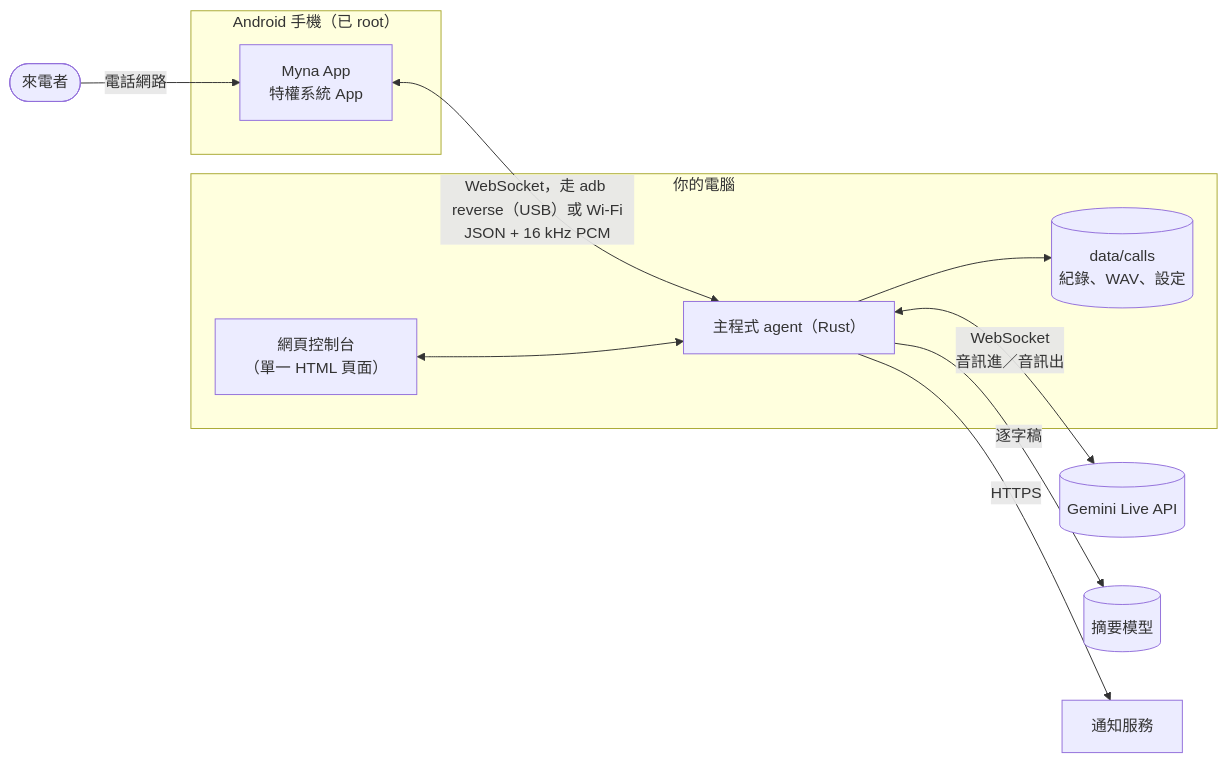
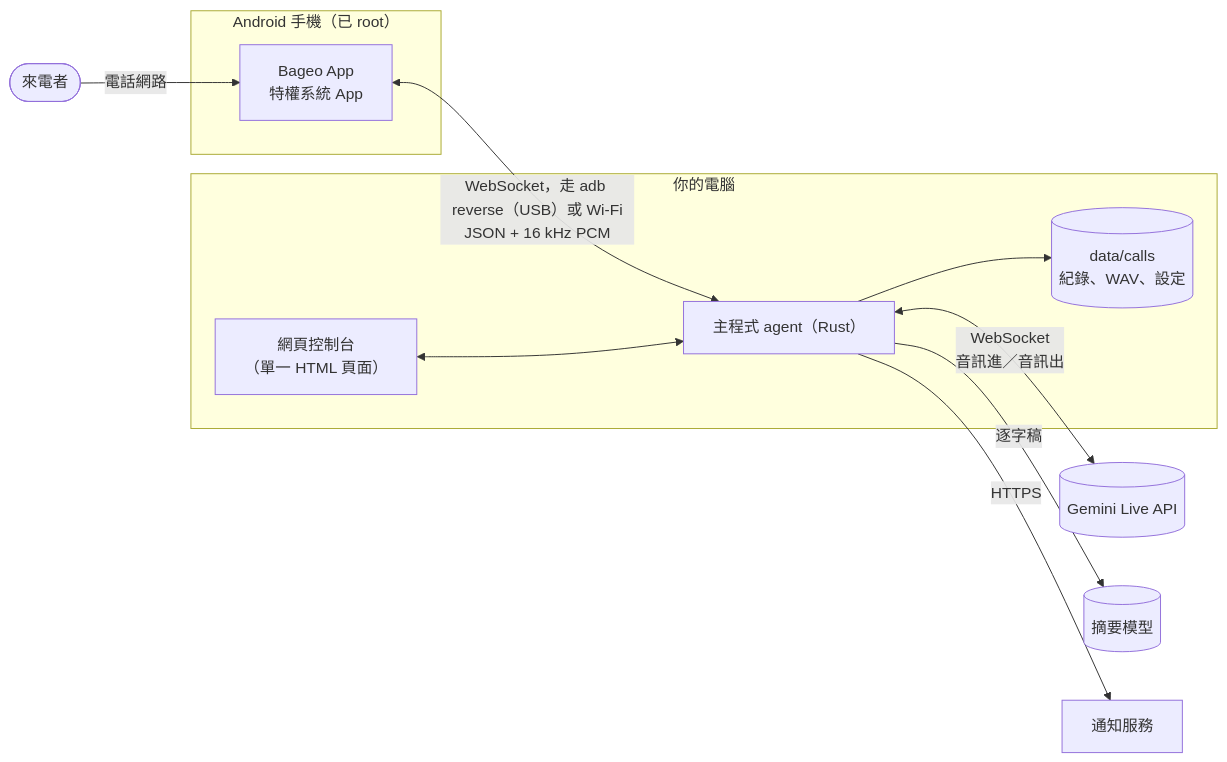
The diagram in docs/zh-TW/ARCHITECTURE.md (h4lo-void/bageo-call), drawn with Mermaid before and after one commit. The commit also changed 82 other files, not shown here.

````diff
--- a/docs/zh-TW/ARCHITECTURE.md
+++ b/docs/zh-TW/ARCHITECTURE.md
@@ -3,18 +3,18 @@
 ```mermaid
 flowchart LR
     subgraph phone["Android 手機（已 root）"]
-        app["Myna App<br/>特權系統 App"]
+        app["Bageo App<br/>特權系統 App"]
     end
     subgraph pc["你的電腦"]
         agent["主程式 agent（Rust）"]
         data[("data/calls<br/>紀錄、WAV、設定")]
         ui["網頁控制台<br/>（單一 HTML 頁面）"]
     end
     caller(["來電者"]) -- "電話網路" --> app
     app <-- "WebSocket，走 adb reverse（USB）或 Wi-Fi<br/>JSON + 16 kHz PCM" --> agent
     agent <-- "WebSocket<br/>音訊進／音訊出" --> gemini[(Gemini Live API)]
     agent -- "逐字稿" --> llm[("摘要模型")]
     agent --> data
     ui <--> agent
     agent -- "HTTPS" --> notify["通知服務"]
 ```
````
